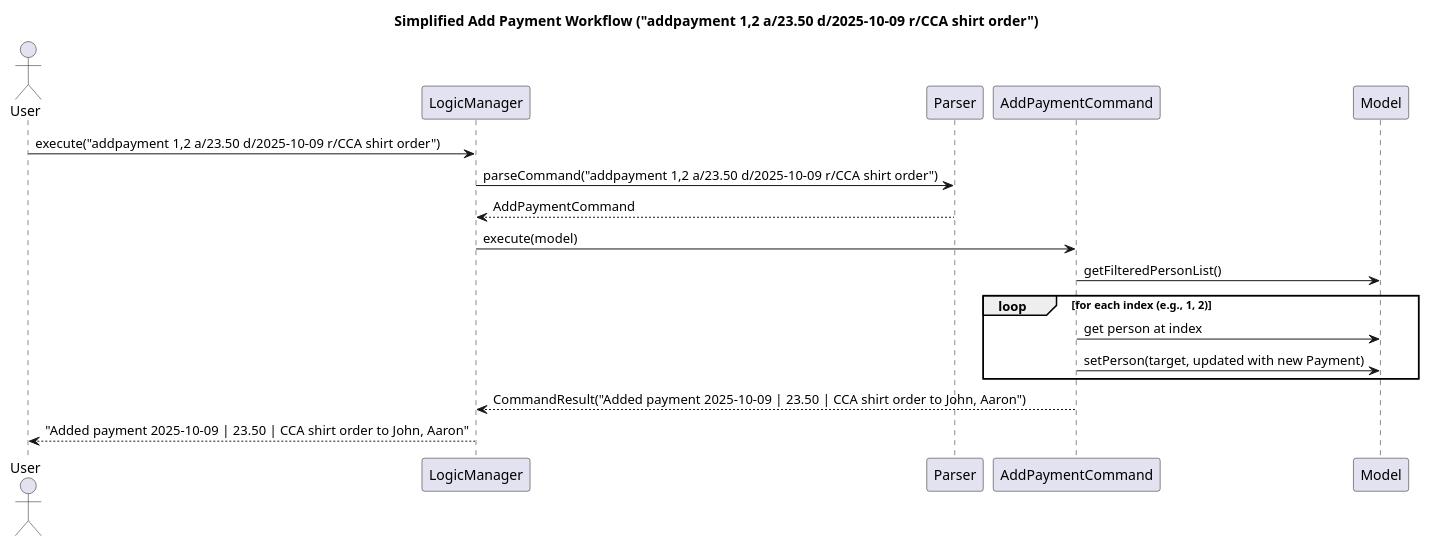
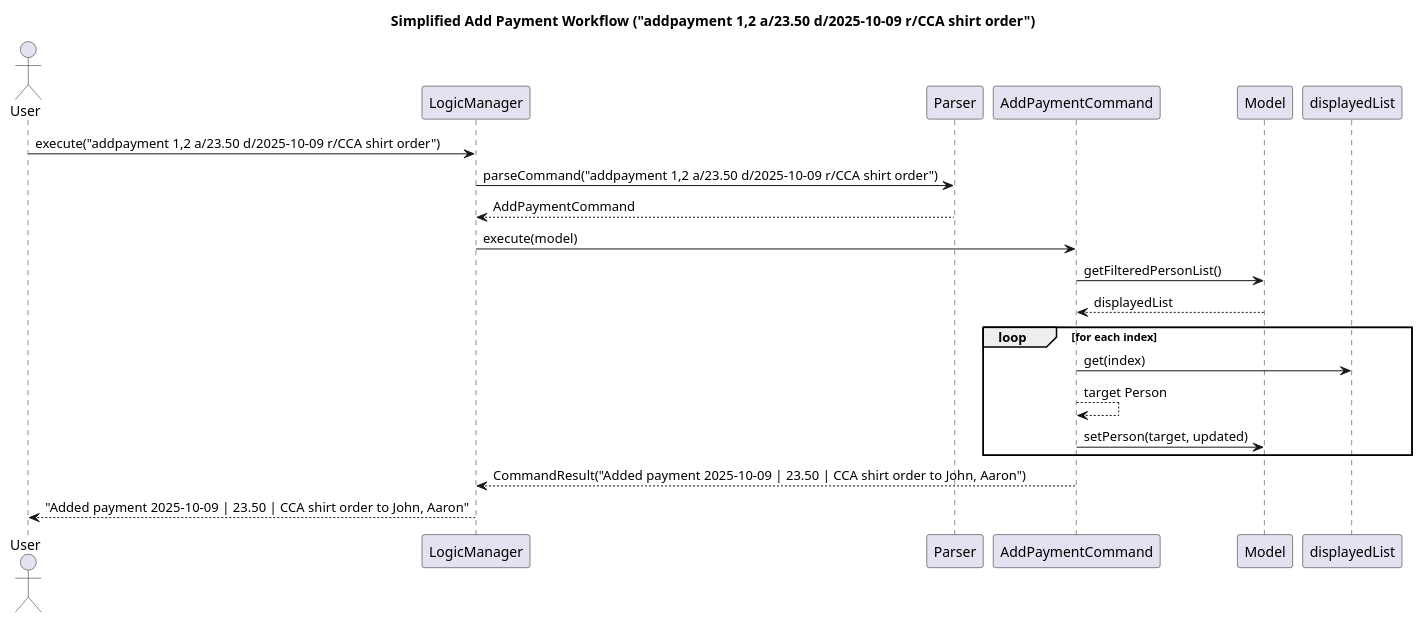
One commit to enamourous/tp changed the diagram in docs/diagrams/AddPaymentSequenceDiagram.puml. Above: the diagram before and after it, drawn with PlantUML. The commit also changed 4 other files, not shown here.

Commit message:
Update UML diagrams

```diff
--- a/docs/diagrams/AddPaymentSequenceDiagram.puml
+++ b/docs/diagrams/AddPaymentSequenceDiagram.puml
@@ -1,23 +1,25 @@
 @startuml
 title Simplified Add Payment Workflow ("addpayment 1,2 a/23.50 d/2025-10-09 r/CCA shirt order")
 
 actor User
 participant LogicManager
 participant Parser
 participant AddPaymentCommand
 participant Model
 
 User -> LogicManager : execute("addpayment 1,2 a/23.50 d/2025-10-09 r/CCA shirt order")
 LogicManager -> Parser : parseCommand("addpayment 1,2 a/23.50 d/2025-10-09 r/CCA shirt order")
 Parser --> LogicManager : AddPaymentCommand
 
 LogicManager -> AddPaymentCommand : execute(model)
 AddPaymentCommand -> Model : getFilteredPersonList()
-loop for each index (e.g., 1, 2)
-    AddPaymentCommand -> Model : get person at index
-    AddPaymentCommand -> Model : setPerson(target, updated with new Payment)
+AddPaymentCommand <-- Model : displayedList
+loop for each index
+    AddPaymentCommand -> displayedList : get(index)
+    AddPaymentCommand --> AddPaymentCommand : target Person
+    AddPaymentCommand -> Model : setPerson(target, updated)
 end
 AddPaymentCommand --> LogicManager : CommandResult("Added payment 2025-10-09 | 23.50 | CCA shirt order to John, Aaron")
 LogicManager --> User : "Added payment 2025-10-09 | 23.50 | CCA shirt order to John, Aaron"
 
 @enduml
```
